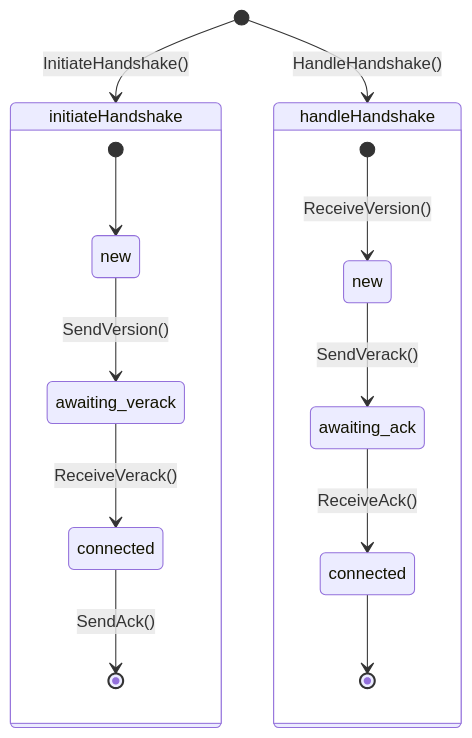
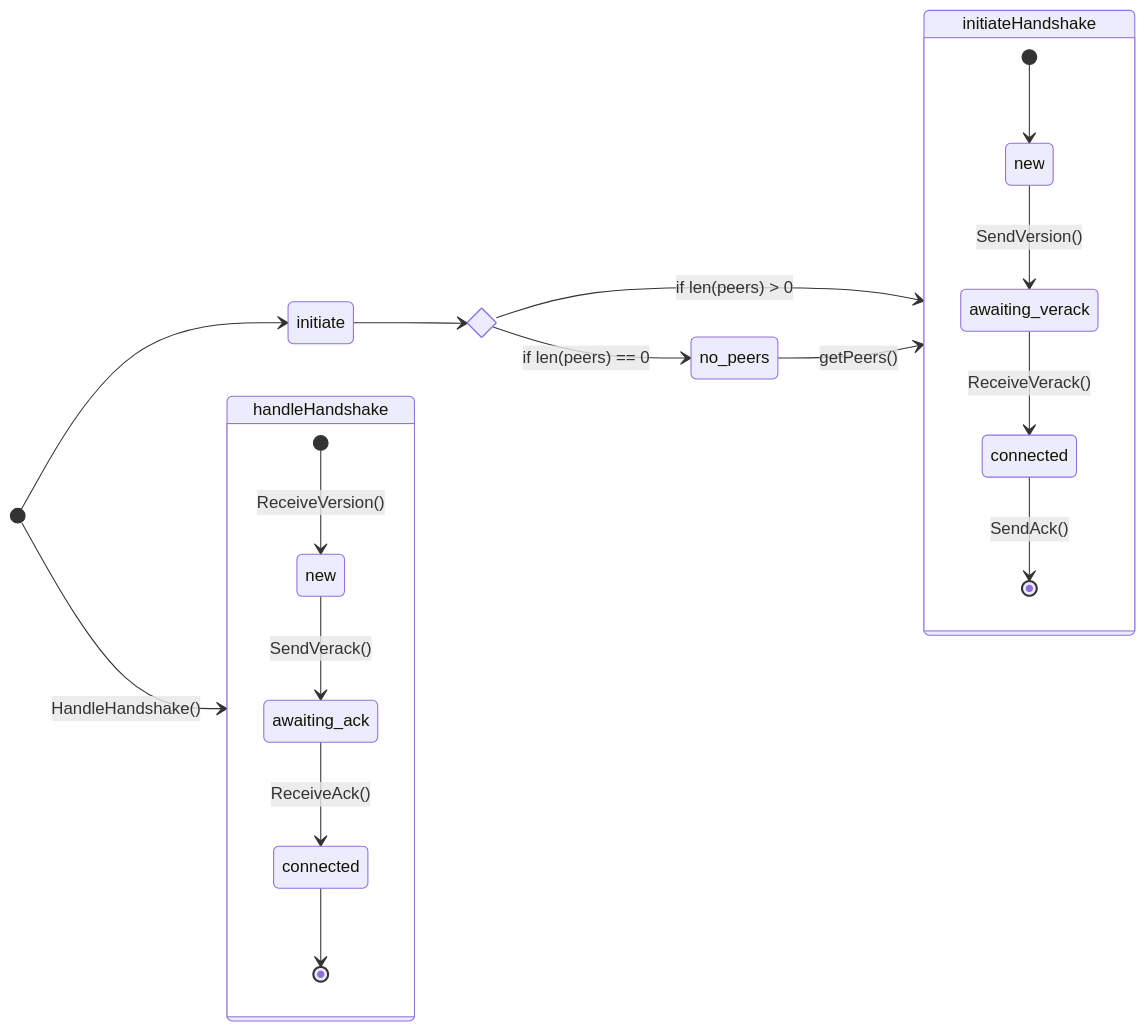
One commit to bjoern621/VSP-Blockchain changed the second of 8 diagrams in docs/arc42/arc42-MinerNetwork/MinerNetwork.md. Above: the diagram before and after it, drawn with Mermaid. The commit also changed other lines of this file, not shown here.

Commit message:
optionalen Ablauf eingefügt

````diff
--- a/docs/arc42/arc42-MinerNetwork/MinerNetwork.md
+++ b/docs/arc42/arc42-MinerNetwork/MinerNetwork.md
@@ -429,24 +429,30 @@
 ```mermaid
 stateDiagram-v2
-    [*] --> initiateHandshake: InitiateHandshake()
+    direction LR
+    state peer_check <<choice>>
+    [*] --> initiate
+    initiate --> peer_check
+    peer_check --> no_peers: if len(peers) == 0
+    peer_check --> initiateHandshake : if len(peers) > 0
+    no_peers --> initiateHandshake : getPeers()
     [*] --> handleHandshake: HandleHandshake()
     
     state initiateHandshake {
         [*] --> new
         new --> awaiting_verack: SendVersion()
         awaiting_verack --> connected: ReceiveVerack()
         connected --> [*]: SendAck()
     }
     
     state handleHandshake {
         [*] --> new_: ReceiveVersion()
         new_ --> awaiting_ack: SendVerack()
         awaiting_ack --> connected_: ReceiveAck()
         connected_ --> [*]
         
     }
     
     connected_: connected
     new_: new
     
 ```
````
